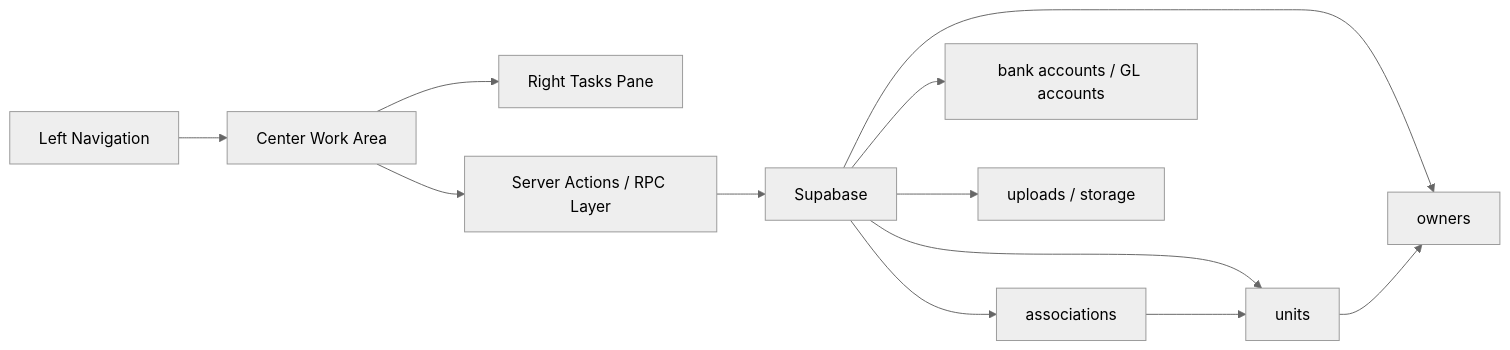
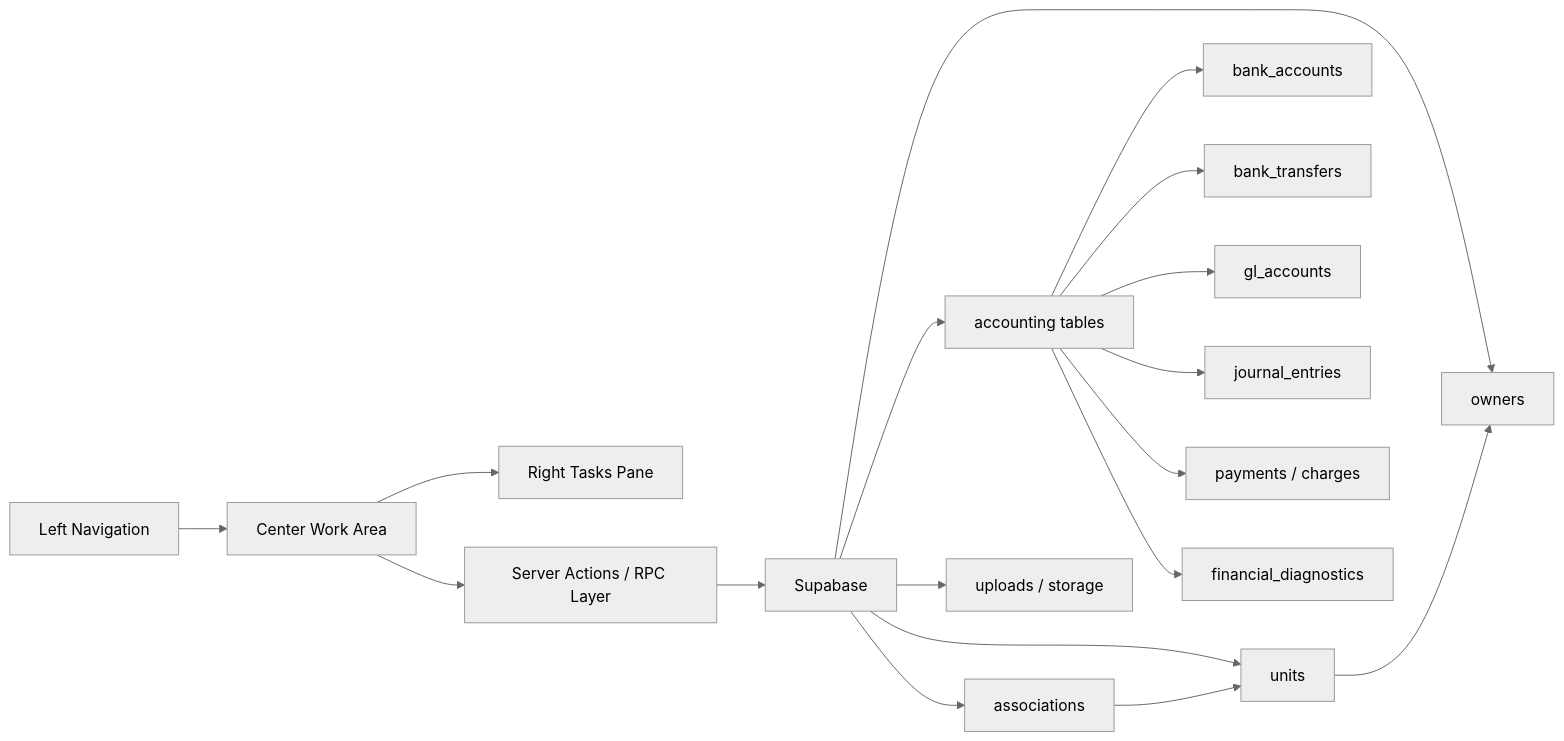
One commit to autho369-code/Condo-App changed the diagram in context/project-graph.md. Above: the diagram before and after it, drawn with Mermaid (neutral theme). The commit also changed other lines of this file and 8 other files, not shown here.

````diff
--- a/context/project-graph.md
+++ b/context/project-graph.md
@@ -5,17 +5,23 @@
 ```mermaid
 flowchart LR
   LeftNav["Left Navigation"] --> Center["Center Work Area"]
   Center --> RightTasks["Right Tasks Pane"]
 
   Center --> Actions["Server Actions / RPC Layer"]
   Actions --> Supabase["Supabase"]
 
   Supabase --> Associations["associations"]
   Supabase --> Units["units"]
   Supabase --> Owners["owners"]
-  Supabase --> Accounting["bank accounts / GL accounts"]
+  Supabase --> Accounting["accounting tables"]
+  Accounting --> BankAccounts["bank_accounts"]
+  Accounting --> Transfers["bank_transfers"]
+  Accounting --> GL["gl_accounts"]
+  Accounting --> Journals["journal_entries"]
+  Accounting --> Receivables["payments / charges"]
+  Accounting --> Diagnostics["financial_diagnostics"]
   Supabase --> Storage["uploads / storage"]
 
   Associations --> Units
   Units --> Owners
 ```
````
